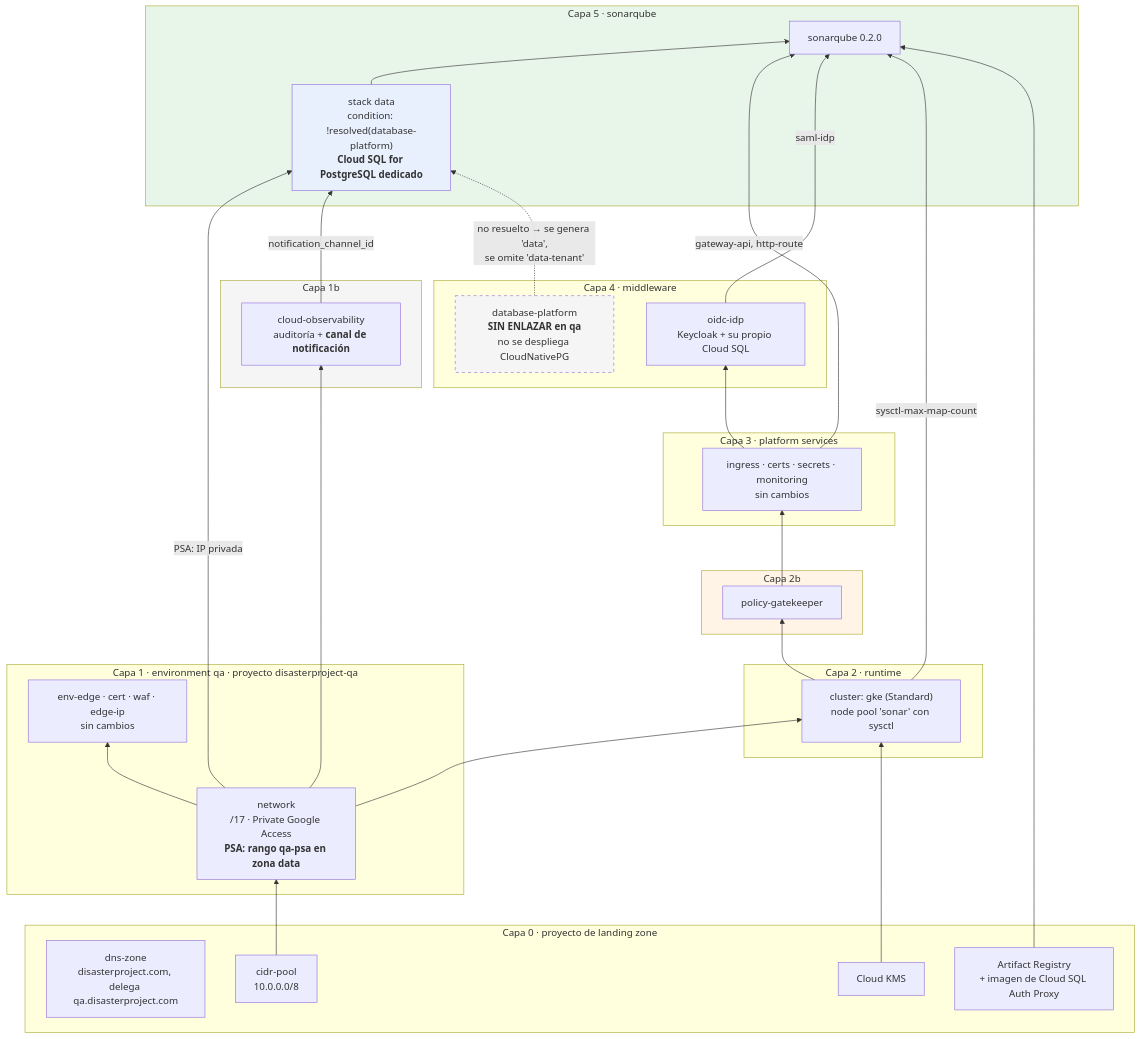
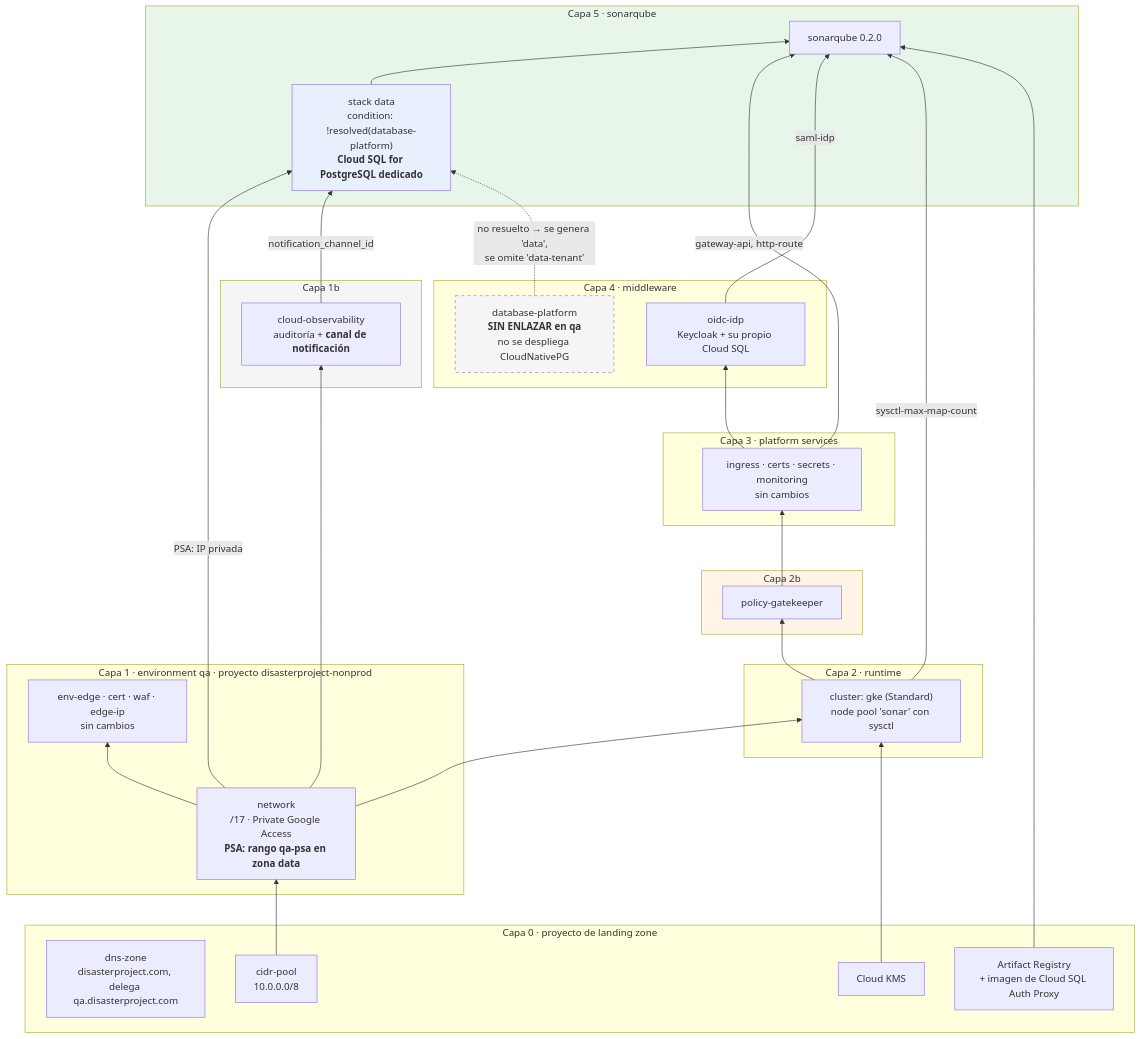
One commit to aescanero/proposal_documents changed the diagram in docs/es/proposals/sonarqube-qa-cloudsql/diagrams/01-capas-dependencias.mmd. Above: the diagram before and after it, drawn with Mermaid. The commit also changed 137 other files, not shown here.

```diff
--- a/docs/es/proposals/sonarqube-qa-cloudsql/diagrams/01-capas-dependencias.mmd
+++ b/docs/es/proposals/sonarqube-qa-cloudsql/diagrams/01-capas-dependencias.mmd
@@ -1,53 +1,53 @@
 flowchart BT
     subgraph L0["Capa 0 · proyecto de landing zone"]
         DZ["dns-zone<br/>disasterproject.com, delega qa.disasterproject.com"]
         CP["cidr-pool<br/>10.0.0.0/8"]
         KMS["Cloud KMS"]
         AR["Artifact Registry<br/>+ imagen de Cloud SQL Auth Proxy"]
     end
-    subgraph L1["Capa 1 · environment qa · proyecto disasterproject-qa"]
+    subgraph L1["Capa 1 · environment qa · proyecto disasterproject-nonprod"]
         NET["network<br/>/17 · Private Google Access<br/><b>PSA: rango qa-psa en zona data</b>"]
         EE["env-edge · cert · waf · edge-ip<br/>sin cambios"]
     end
     subgraph L1B["Capa 1b"]
         CO["cloud-observability<br/>auditoría + <b>canal de notificación</b>"]
     end
     subgraph L2["Capa 2 · runtime"]
         CL["cluster: gke (Standard)<br/>node pool 'sonar' con sysctl"]
     end
     subgraph L2B["Capa 2b"]
         POL["policy-gatekeeper"]
     end
     subgraph L3["Capa 3 · platform services"]
         ING["ingress · certs · secrets · monitoring<br/>sin cambios"]
     end
     subgraph L4["Capa 4 · middleware"]
         DBP["database-platform<br/><b>SIN ENLAZAR en qa</b><br/>no se despliega CloudNativePG"]
         IDP["oidc-idp<br/>Keycloak + su propio Cloud SQL"]
     end
     subgraph L5["Capa 5 · sonarqube"]
         SQ["sonarqube 0.2.0"]
         DATA["stack data<br/>condition: !resolved(database-platform)<br/><b>Cloud SQL for PostgreSQL dedicado</b>"]
     end
 
     CP --> NET
     NET --> CO
     NET --> CL
     NET --> EE
     CL --> POL --> ING
     KMS --> CL
     ING --> IDP
     NET -->|"PSA: IP privada"| DATA
     DATA --> SQ
     CO -->|"notification_channel_id"| DATA
     ING -->|"gateway-api, http-route"| SQ
     IDP -->|"saml-idp"| SQ
     CL -->|"sysctl-max-map-count"| SQ
     AR --> SQ
     DBP -. "no resuelto → se genera 'data',<br/>se omite 'data-tenant'" .-> DATA
 
     style DBP fill:#f5f5f5,stroke-dasharray: 5 5
     style DATA fill:#e8f0fe
     style L5 fill:#e8f5e9
     style L2B fill:#fff4e5
     style L1B fill:#f5f5f5
```
